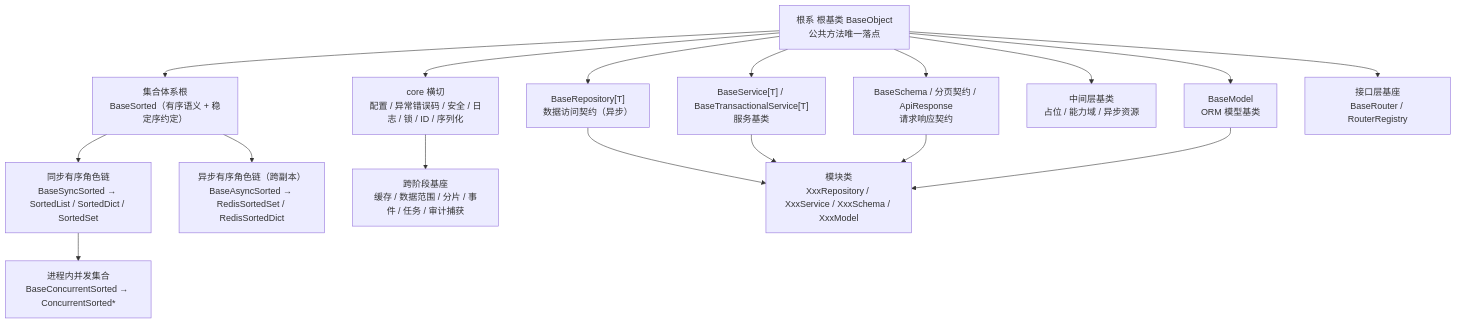
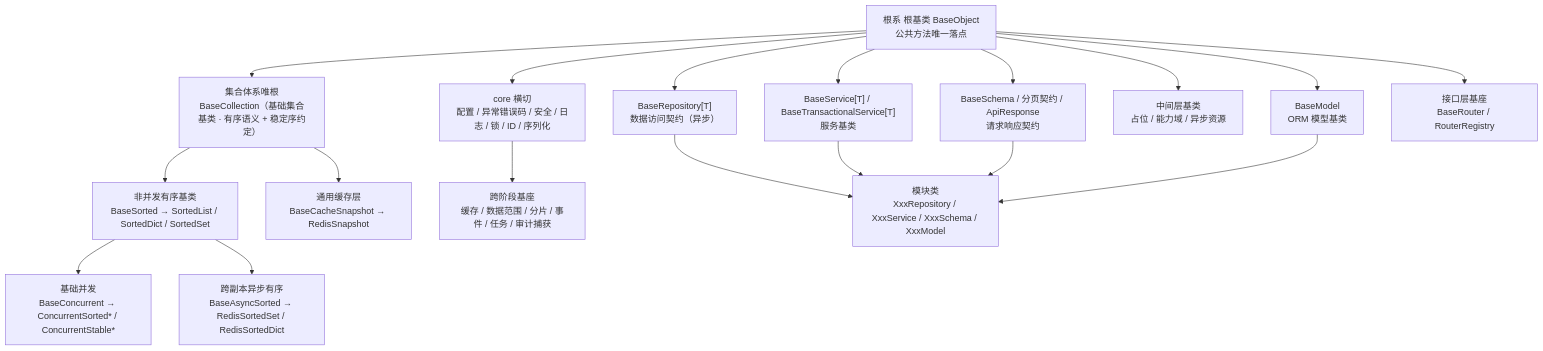
Before and after one commit to minjian123/basic-management-system: the first of 3 diagrams in bms文档/后端基类清单.md, drawn with Mermaid. The commit also changed other lines of this file and 29 other files, not shown here.

````diff
--- a/bms文档/后端基类清单.md
+++ b/bms文档/后端基类清单.md
@@ -17,28 +17,31 @@
 ```mermaid
 flowchart TD
     根系["根系 根基类 BaseObject<br/>公共方法唯一落点"]
-    SROOT["集合体系根<br/>BaseSorted（有序语义 + 稳定序约定）"]
-    COL["同步有序角色链<br/>BaseSyncSorted → SortedList / SortedDict / SortedSet"]
-    CONC["进程内并发集合<br/>BaseConcurrentSorted → ConcurrentSorted*"]
-    REDIS["异步有序角色链（跨副本）<br/>BaseAsyncSorted → RedisSortedSet / RedisSortedDict"]
+    CROOT["集合体系唯根<br/>BaseCollection（基础集合基类 · 有序语义 + 稳定序约定）"]
+    COL["非并发有序基类<br/>BaseSorted → SortedList / SortedDict / SortedSet"]
+    CONC["基础并发<br/>BaseConcurrent → ConcurrentSorted* / ConcurrentStable*"]
+    REDIS["跨副本异步有序<br/>BaseAsyncSorted → RedisSortedSet / RedisSortedDict"]
+    SNAP["通用缓存层<br/>BaseCacheSnapshot → RedisSnapshot"]
     REPO["BaseRepository[T]<br/>数据访问契约（异步）"]
     SVC["BaseService[T] / BaseTransactionalService[T]<br/>服务基类"]
     SCH["BaseSchema / 分页契约 / ApiResponse<br/>请求响应契约"]
     ORM["BaseModel<br/>ORM 模型基类"]
     MID["中间层基类<br/>占位 / 能力域 / 异步资源"]
     CORE["core 横切<br/>配置 / 异常错误码 / 安全 / 日志 / 锁 / ID / 序列化"]
     CROSS["跨阶段基座<br/>缓存 / 数据范围 / 分片 / 事件 / 任务 / 审计捕获"]
     API["接口层基座<br/>BaseRouter / RouterRegistry"]
     MOD["模块类<br/>XxxRepository / XxxService / XxxSchema / XxxModel"]
-    根系 --> SROOT
-    SROOT --> COL --> CONC
-    SROOT --> REDIS
+    根系 --> CROOT
+    CROOT --> COL
+    COL --> CONC
+    COL --> REDIS
+    CROOT --> SNAP
     根系 --> MID
     根系 --> REPO --> MOD
     根系 --> SVC --> MOD
     根系 --> SCH --> MOD
     根系 --> ORM --> MOD
     根系 --> CORE
     CORE --> CROSS
     根系 --> API
 ```
````
